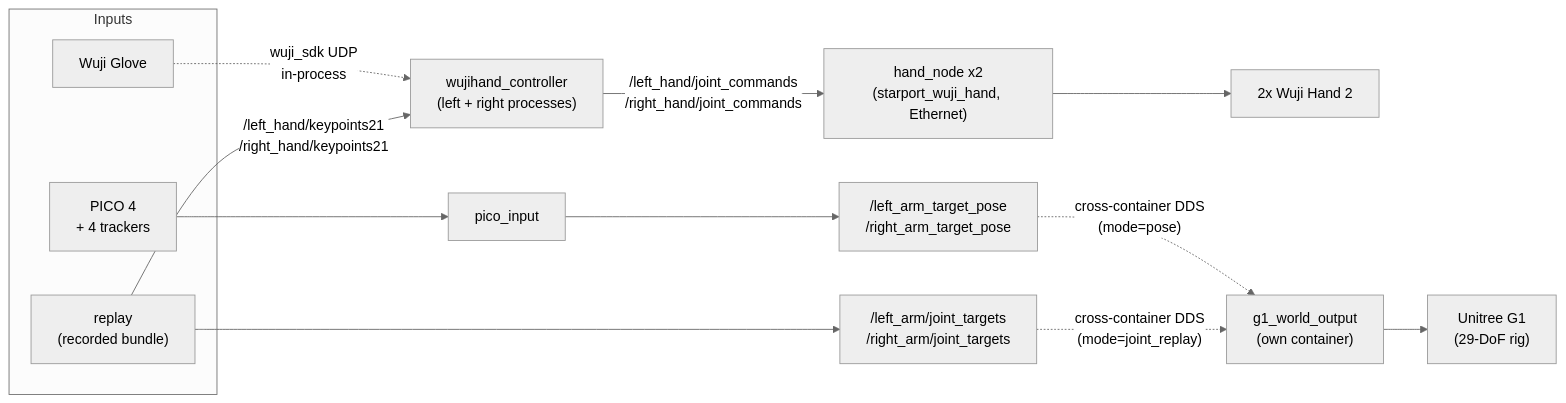
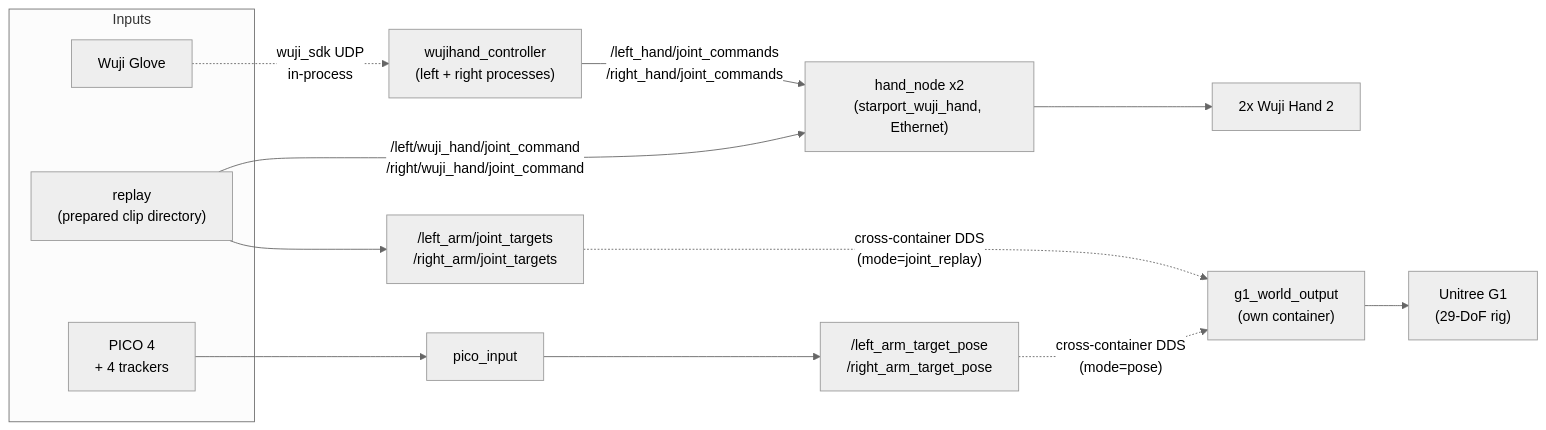
One commit to MSC-Wuji-Teleop/wuji-hand-teleop changed the first of 3 diagrams in docs/architecture.md. Above: the diagram before and after it, drawn with Mermaid (neutral theme). The commit also changed other lines of this file and 6 other files, not shown here.

Commit message:
Documentation: clip-directory replay path across spec, runbook, usage, architecture; session handoff

````diff
--- a/docs/architecture.md
+++ b/docs/architecture.md
@@ -30,22 +30,22 @@
 ```mermaid
 graph LR
     subgraph Inputs
         WG["Wuji Glove"]
         PICO["PICO 4<br/>+ 4 trackers"]
-        SOT["replay<br/>(recorded bundle)"]
+        SOT["replay<br/>(prepared clip directory)"]
     end
 
     WG -. "wuji_sdk UDP<br/>in-process" .-> HC["wujihand_controller<br/>(left + right processes)"]
     PICO --> PI["pico_input"]
 
     PI --> TP["/left_arm_target_pose<br/>/right_arm_target_pose"]
     SOT --> JT["/left_arm/joint_targets<br/>/right_arm/joint_targets"]
-    SOT -- "/left_hand/keypoints21<br/>/right_hand/keypoints21" --> HC
+    SOT -- "/left/wuji_hand/joint_command<br/>/right/wuji_hand/joint_command" --> DRV
 
     HC -- "/left_hand/joint_commands<br/>/right_hand/joint_commands" --> DRV["hand_node x2<br/>(starport_wuji_hand, Ethernet)"]
     DRV --> HAND["2x Wuji Hand 2"]
 
     TP -.->|"cross-container DDS<br/>(mode=pose)"| G1O["g1_world_output<br/>(own container)"]
     JT -.->|"cross-container DDS<br/>(mode=joint_replay)"| G1O
     G1O --> G1["Unitree G1<br/>(29-DoF rig)"]
 ```
````
